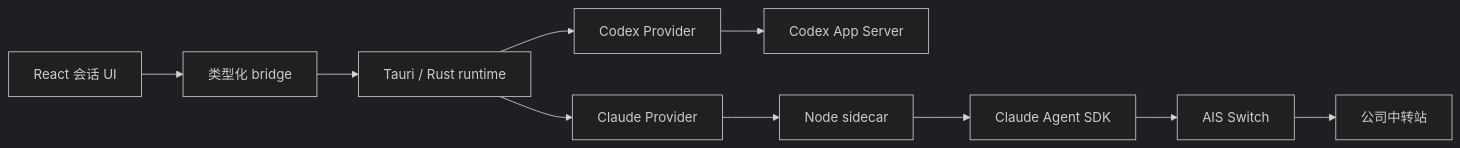
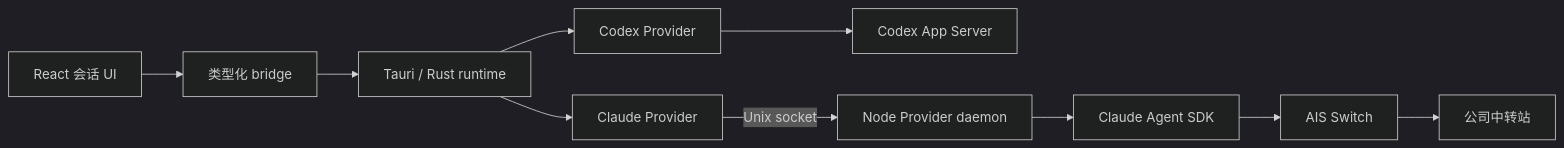
Before and after one commit to q871795224/codex-harness: the diagram in docs/claude-provider-tech-design.md, drawn with Mermaid (dark theme). The commit also changed other lines of this file and 12 other files, not shown here.

Commit message:
feat: keep Claude turns alive in provider daemon

````diff
--- a/docs/claude-provider-tech-design.md
+++ b/docs/claude-provider-tech-design.md
@@ -56,12 +56,12 @@
 ```mermaid
 flowchart LR
     UI[React 会话 UI] --> Bridge[类型化 bridge]
     Bridge --> Rust[Tauri / Rust runtime]
     Rust --> Codex[Codex Provider]
     Codex --> AppServer[Codex App Server]
     Rust --> Claude[Claude Provider]
-    Claude --> Sidecar[Node sidecar]
-    Sidecar --> SDK[Claude Agent SDK]
+    Claude -->|Unix socket| Daemon[Node Provider daemon]
+    Daemon --> SDK[Claude Agent SDK]
     SDK --> AIS[AIS Switch]
     AIS --> Gateway[公司中转站]
 ```
````
